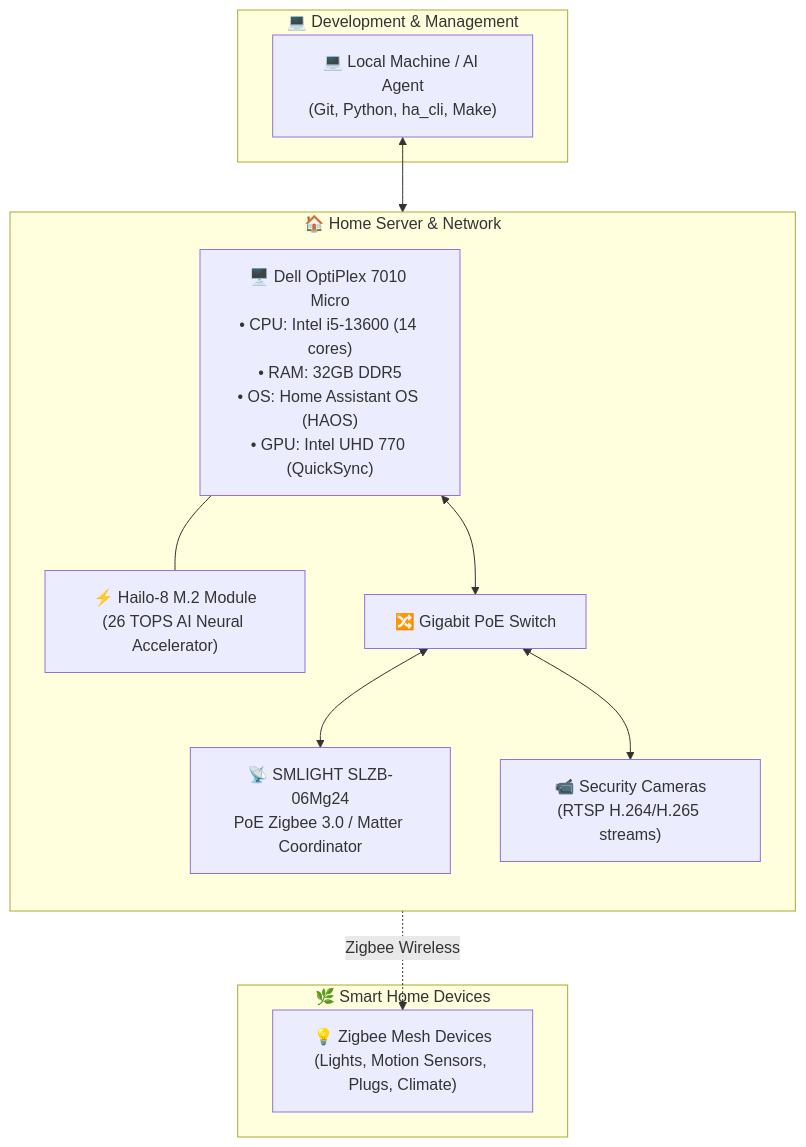
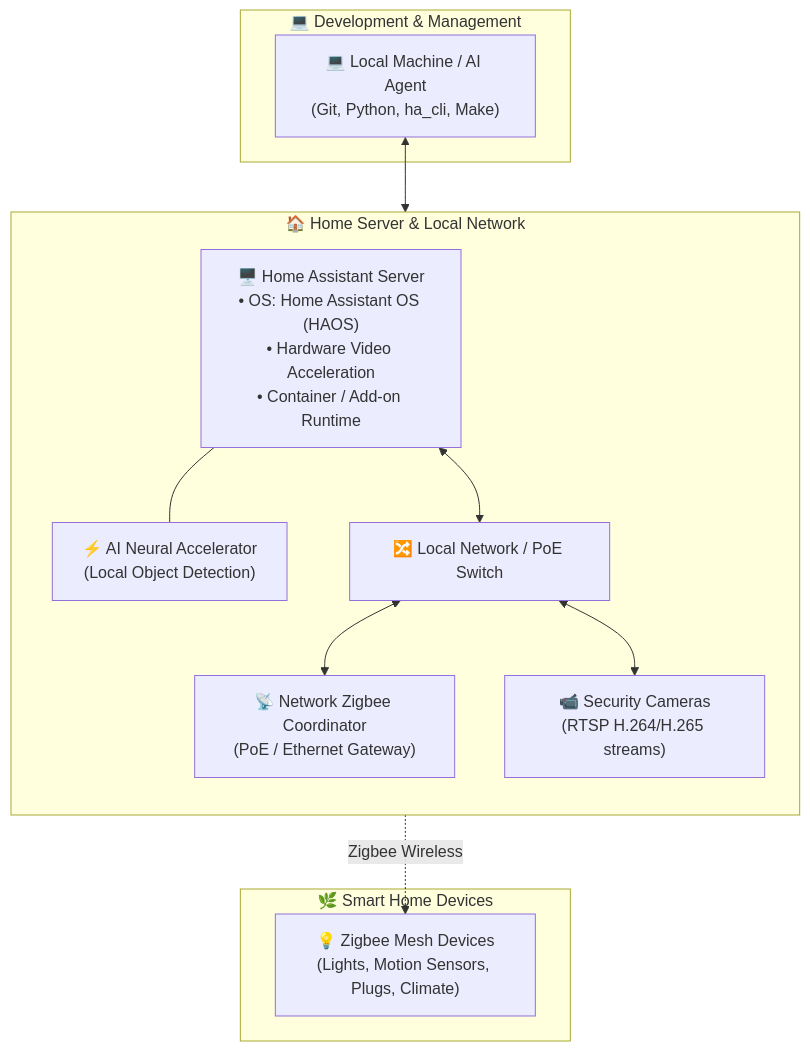
One commit to stephenwong/claude-homeassistant changed the first of 3 diagrams in docs/wiki/System-and-Hardware-Architecture.md. Above: the diagram before and after it, drawn with Mermaid. The commit also changed other lines of this file and 3 other files, not shown here.

First line of the commit message:
docs: remove specific hardware models and generalize architecture

````diff
--- a/docs/wiki/System-and-Hardware-Architecture.md
+++ b/docs/wiki/System-and-Hardware-Architecture.md
@@ -11,26 +11,26 @@
 ```mermaid
 flowchart TB
-    subgraph Rack["🏠 Home Server & Network"]
+    subgraph Rack["🏠 Home Server & Local Network"]
         direction TB
-        Host["🖥️ Dell OptiPlex 7010 Micro<br/>• CPU: Intel i5-13600 (14 cores)<br/>• RAM: 32GB DDR5<br/>• OS: Home Assistant OS (HAOS)<br/>• GPU: Intel UHD 770 (QuickSync)"]
-        Hailo["⚡ Hailo-8 M.2 Module<br/>(26 TOPS AI Neural Accelerator)"]
-        Switch["🔀 Gigabit PoE Switch"]
-        SLZB["📡 SMLIGHT SLZB-06Mg24<br/>PoE Zigbee 3.0 / Matter Coordinator"]
+        Host["🖥️ Home Assistant Server<br/>• OS: Home Assistant OS (HAOS)<br/>• Hardware Video Acceleration<br/>• Container / Add-on Runtime"]
+        AI_Acc["⚡ AI Neural Accelerator<br/>(Local Object Detection)"]
+        Switch["🔀 Local Network / PoE Switch"]
+        Coord["📡 Network Zigbee Coordinator<br/>(PoE / Ethernet Gateway)"]
         Cams["📹 Security Cameras<br/>(RTSP H.264/H.265 streams)"]
 
-        Host --- Hailo
+        Host --- AI_Acc
         Host <--> Switch
-        Switch <--> SLZB
+        Switch <--> Coord
         Switch <--> Cams
     end
 
     subgraph Mesh["🌿 Smart Home Devices"]
         ZDevices["💡 Zigbee Mesh Devices<br/>(Lights, Motion Sensors, Plugs, Climate)"]
-        SLZB -.->|Zigbee Wireless| ZDevices
+        Coord -.->|Zigbee Wireless| ZDevices
     end
 
     subgraph Client["💻 Development & Management"]
         Workstation["💻 Local Machine / AI Agent<br/>(Git, Python, ha_cli, Make)"]
         Workstation <--> Switch
     end
 ```
````
